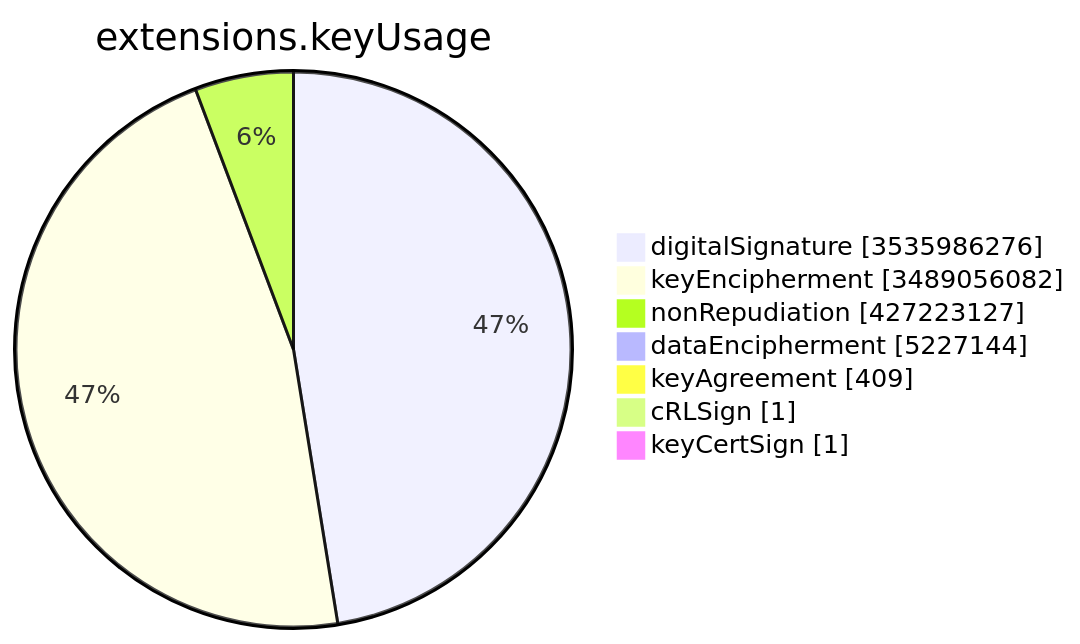
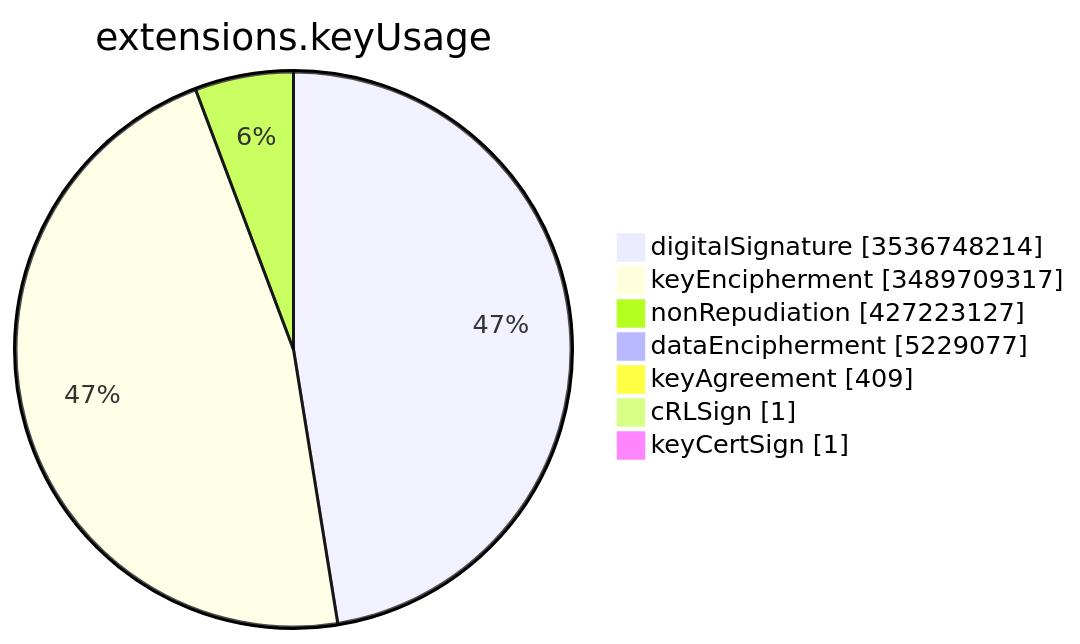
The sixth of 15 diagrams in TOTAL/README.md (christiankrug/ctmonitor_visualization), drawn with Mermaid before and after one commit. The commit also changed other lines of this file, not shown here.

````diff
--- a/TOTAL/README.md
+++ b/TOTAL/README.md
@@ -3083,11 +3083,11 @@
 ```mermaid
 pie showData
 title extensions.keyUsage
-"digitalSignature" :3535986276
-"keyEncipherment" :3489056082
+"digitalSignature" :3536748214
+"keyEncipherment" :3489709317
 "nonRepudiation" :427223127
-"dataEncipherment" :5227144
+"dataEncipherment" :5229077
 "keyAgreement" :409
 "cRLSign" :1
 "keyCertSign" :1
 ```
````
